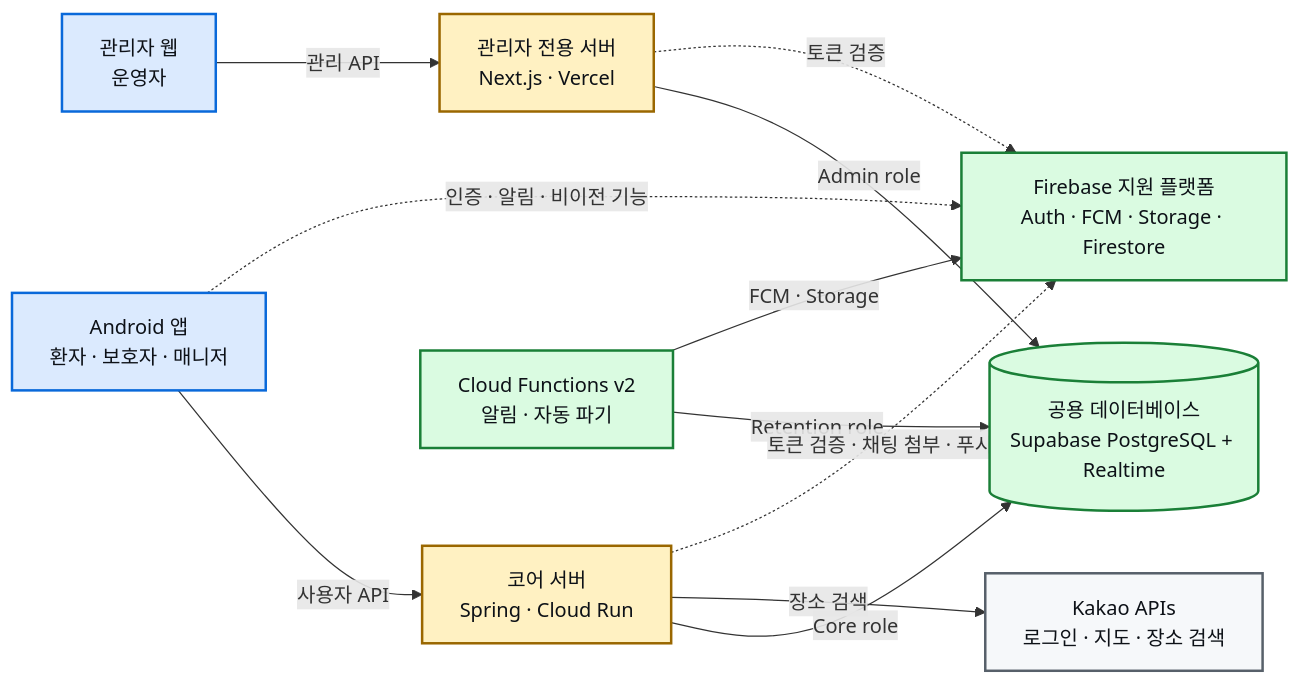
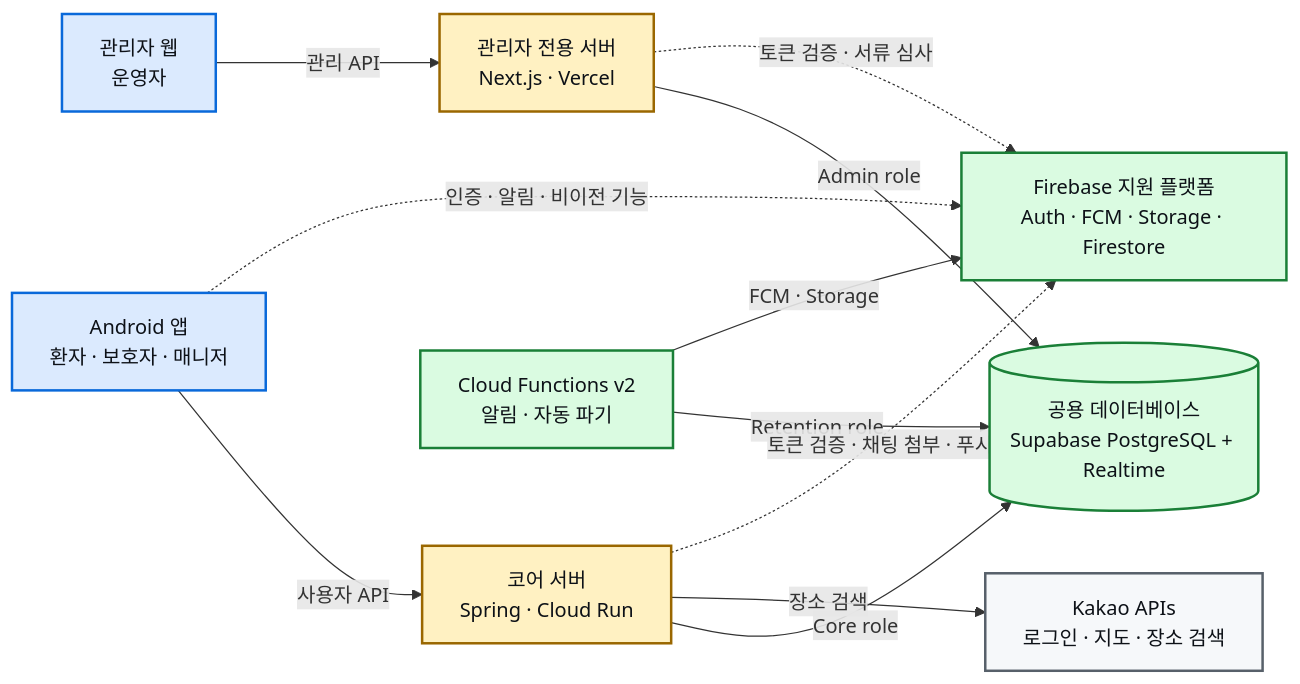
One commit to bodeul110/Bodeul changed the diagram in README.md. Above: the diagram before and after it, drawn with Mermaid. The commit also changed other lines of this file and 51 other files, not shown here.

````diff
--- a/README.md
+++ b/README.md
@@ -42,31 +43,31 @@
 ```mermaid
 flowchart LR
   App["Android 앱<br/>환자 · 보호자 · 매니저"]
   Web["관리자 웹<br/>운영자"]
   Core["코어 서버<br/>Spring · Cloud Run"]
   Admin["관리자 전용 서버<br/>Next.js · Vercel"]
   DB[("공용 데이터베이스<br/>Supabase PostgreSQL + Realtime")]
   Firebase["Firebase 지원 플랫폼<br/>Auth · FCM · Storage · Firestore"]
   Jobs["Cloud Functions v2<br/>알림 · 자동 파기"]
   Kakao["Kakao APIs<br/>로그인 · 지도 · 장소 검색"]
 
   App -->|"사용자 API"| Core
   Web -->|"관리 API"| Admin
   Core -->|"Core role"| DB
   Admin -->|"Admin role"| DB
   Jobs -->|"Retention role"| DB
   Core -->|"장소 검색"| Kakao
   App -.->|"인증 · 알림 · 비이전 기능"| Firebase
   Core -.->|"토큰 검증 · 채팅 첨부 · 푸시"| Firebase
-  Admin -.->|"토큰 검증"| Firebase
+  Admin -.->|"토큰 검증 · 서류 심사"| Firebase
   Jobs -->|"FCM · Storage"| Firebase
 
   classDef client fill:#dbeafe,stroke:#0969da,color:#0d1117,stroke-width:2px;
   classDef backend fill:#fff1c2,stroke:#9a6700,color:#0d1117,stroke-width:2px;
   classDef platform fill:#dafbe1,stroke:#1a7f37,color:#0d1117,stroke-width:2px;
   classDef external fill:#f6f8fa,stroke:#57606a,color:#0d1117,stroke-width:2px;
   class App,Web client;
   class Core,Admin backend;
   class DB,Firebase,Jobs platform;
   class Kakao external;
 ```
````
